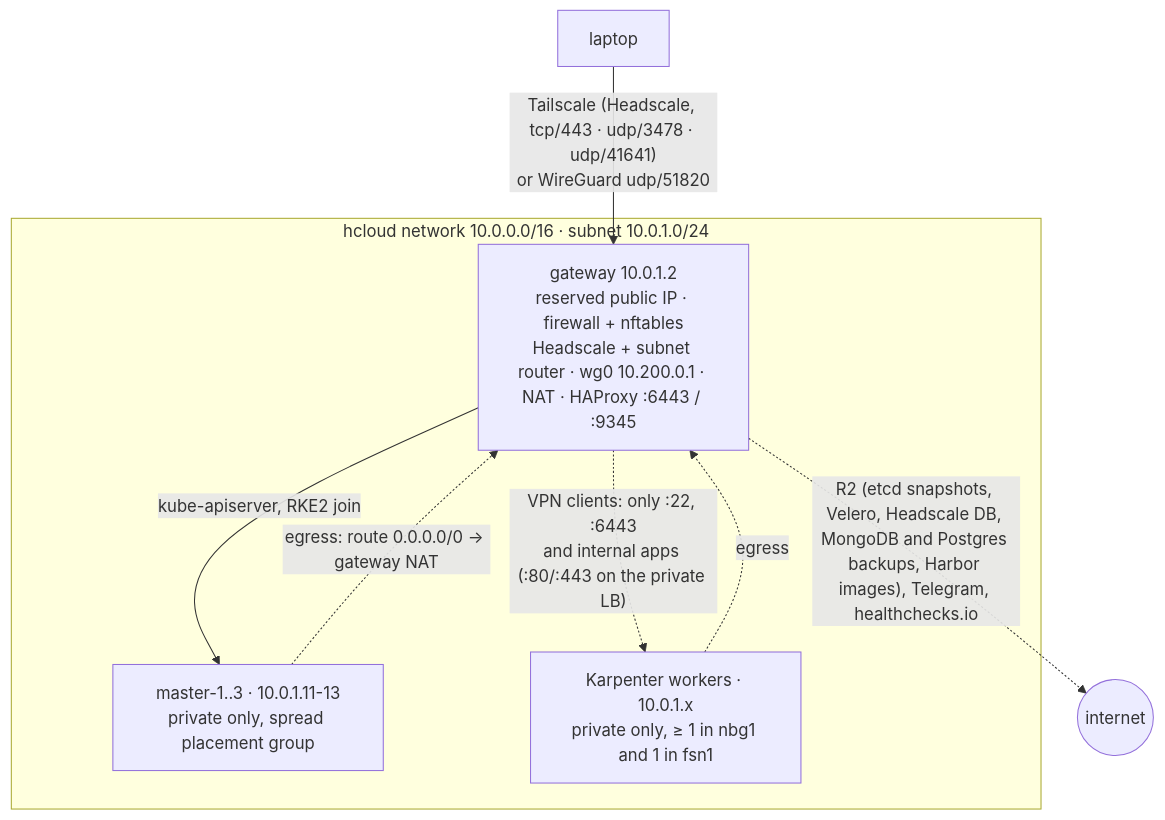
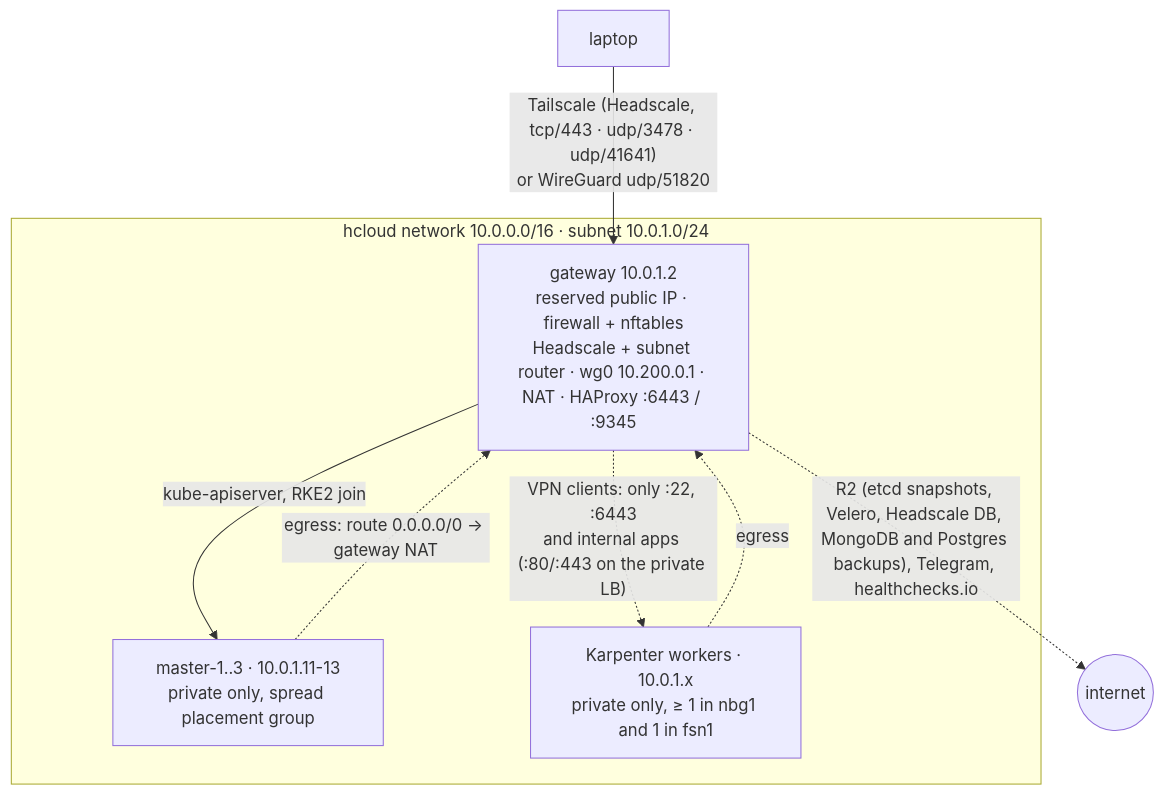
Before and after one commit to reginaldosousa/hetzner-rke2-terraform: the diagram in README.md, drawn with Mermaid. The commit also changed 6 other files, not shown here.

````diff
--- a/README.md
+++ b/README.md
@@ -32,14 +32,14 @@
 ```mermaid
 flowchart TB
     laptop["laptop"] -- "Tailscale (Headscale, tcp/443 · udp/3478 · udp/41641)<br/>or WireGuard udp/51820" --> gw
     subgraph net["hcloud network 10.0.0.0/16 · subnet 10.0.1.0/24"]
         gw["gateway 10.0.1.2<br/>reserved public IP · firewall + nftables<br/>Headscale + subnet router · wg0 10.200.0.1 · NAT · HAProxy :6443 / :9345"]
         masters["master-1..3 · 10.0.1.11-13<br/>private only, spread placement group"]
         workers["Karpenter workers · 10.0.1.x<br/>private only, ≥ 1 in nbg1 and 1 in fsn1"]
     end
     gw -- "kube-apiserver, RKE2 join" --> masters
     gw -. "VPN clients: only :22, :6443<br/>and internal apps (:80/:443 on the private LB)" .-> workers
     masters -. "egress: route 0.0.0.0/0 → gateway NAT" .-> gw
     workers -. "egress" .-> gw
-    gw -. "R2 (etcd snapshots, Velero, Headscale DB, MongoDB and Postgres backups, Harbor images), Telegram, healthchecks.io" .-> ext(("internet"))
+    gw -. "R2 (etcd snapshots, Velero, Headscale DB, MongoDB and Postgres backups), Telegram, healthchecks.io" .-> ext(("internet"))
 ```
````
